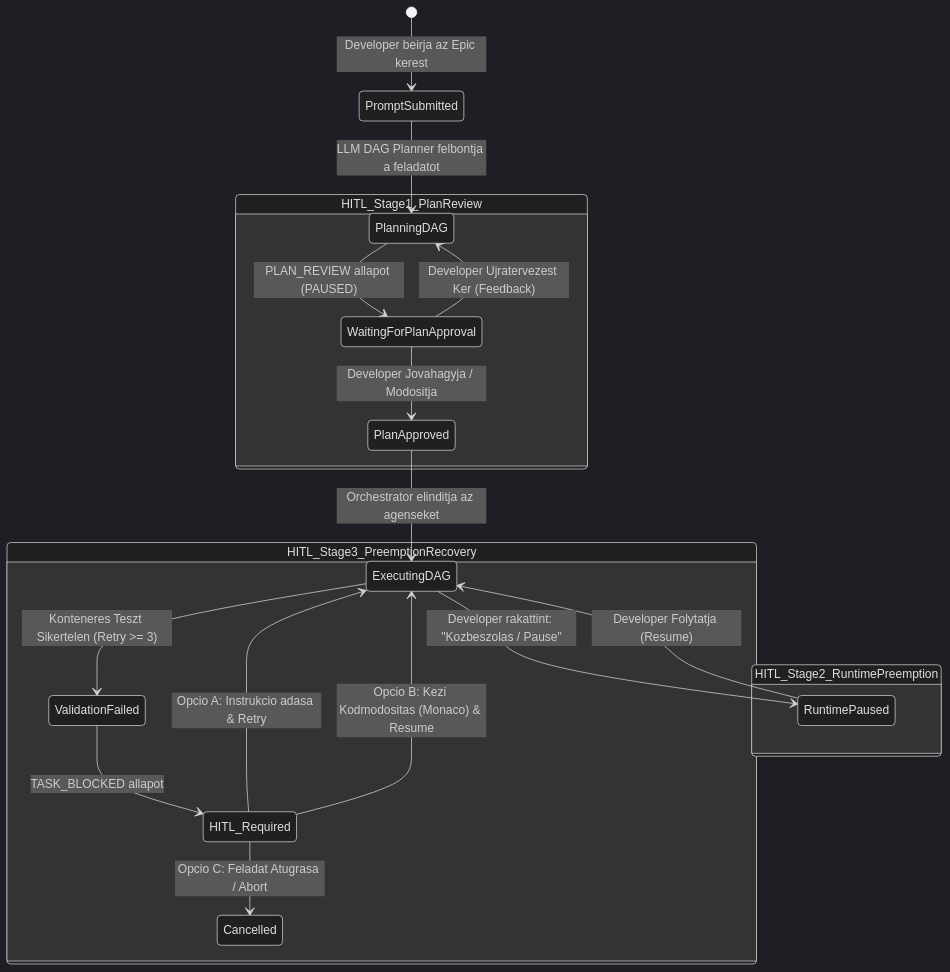
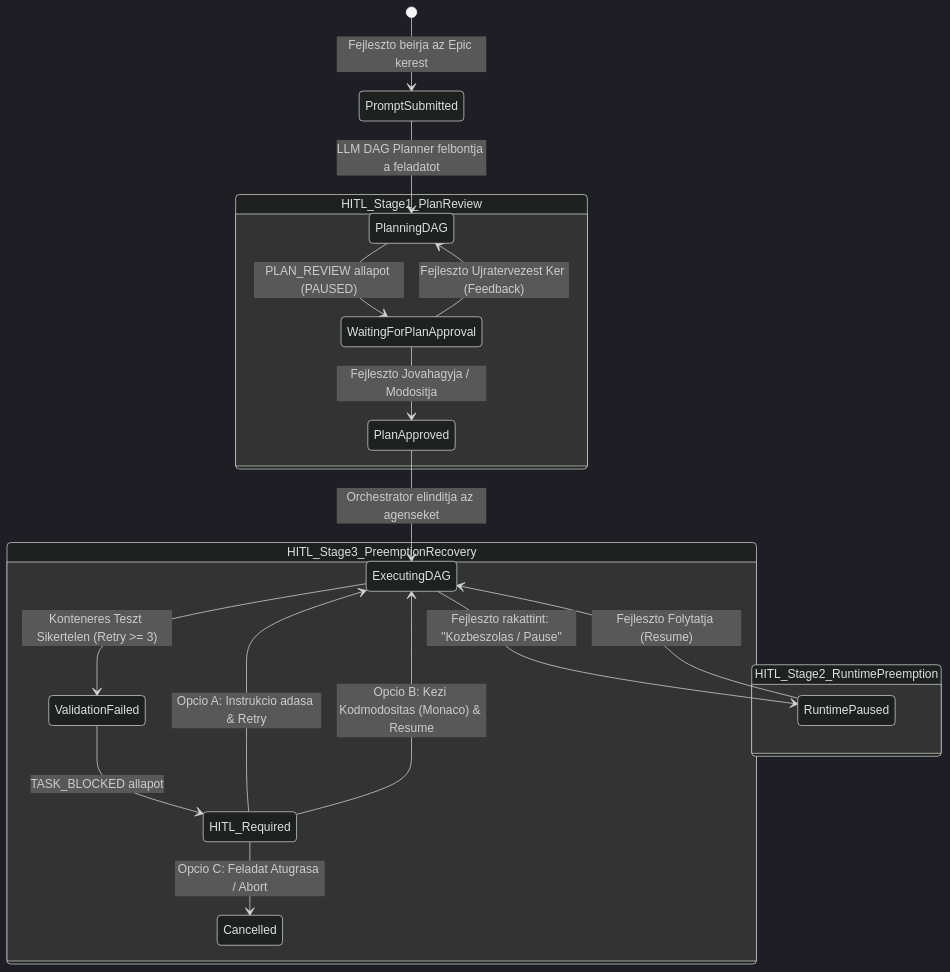
The second of 2 diagrams in docs/12_GLASS_BOX_UI_AND_HITL_SPEC.md (badzso-boop/ai-os), drawn with Mermaid (dark theme) before and after one commit. The commit also changed other lines of this file and 20 other files, not shown here.

````diff
--- a/docs/12_GLASS_BOX_UI_AND_HITL_SPEC.md
+++ b/docs/12_GLASS_BOX_UI_AND_HITL_SPEC.md
@@ -36,27 +36,27 @@
 ```mermaid
 stateDiagram-v2
-    [*] --> PromptSubmitted: Developer beirja az Epic kerest
+    [*] --> PromptSubmitted: Fejleszto beirja az Epic kerest
     PromptSubmitted --> PlanningDAG: LLM DAG Planner felbontja a feladatot
     
     state HITL_Stage1_PlanReview {
         PlanningDAG --> WaitingForPlanApproval: PLAN_REVIEW allapot (PAUSED)
-        WaitingForPlanApproval --> PlanApproved: Developer Jovahagyja / Modositja
-        WaitingForPlanApproval --> PlanningDAG: Developer Ujratervezest Ker (Feedback)
+        WaitingForPlanApproval --> PlanApproved: Fejleszto Jovahagyja / Modositja
+        WaitingForPlanApproval --> PlanningDAG: Fejleszto Ujratervezest Ker (Feedback)
     }
 
     PlanApproved --> ExecutingDAG: Orchestrator elinditja az agenseket
     
     state HITL_Stage2_RuntimePreemption {
-        ExecutingDAG --> RuntimePaused: Developer rakattint: "Kozbeszolas / Pause"
-        RuntimePaused --> ExecutingDAG: Developer Folytatja (Resume)
+        ExecutingDAG --> RuntimePaused: Fejleszto rakattint: "Kozbeszolas / Pause"
+        RuntimePaused --> ExecutingDAG: Fejleszto Folytatja (Resume)
     }
 
     ExecutingDAG --> ValidationFailed: Konteneres Teszt Sikertelen (Retry >= 3)
 
     state HITL_Stage3_PreemptionRecovery {
         ValidationFailed --> HITL_Required: TASK_BLOCKED allapot
         HITL_Required --> ExecutingDAG: Opcio A: Instrukcio adasa & Retry
         HITL_Required --> ExecutingDAG: Opcio B: Kezi Kodmodositas (Monaco) & Resume
         HITL_Required --> Cancelled: Opcio C: Feladat Atugrasa / Abort
     }
 ```
````
